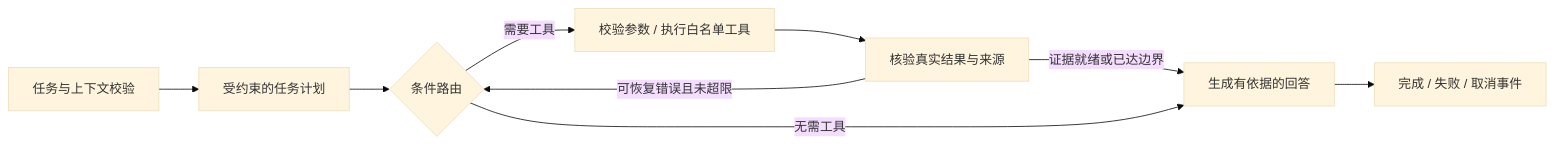
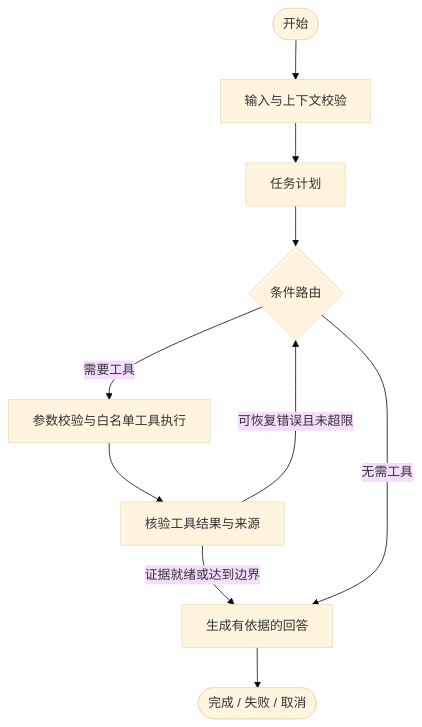
Before and after one commit to liutaowen9-beep/xiaoren-er-insurance: the third of 3 diagrams in README.md, drawn with Mermaid (base theme). The commit also changed other lines of this file, not shown here.

````diff
--- a/README.md
+++ b/README.md
@@ -70,11 +120,12 @@
 ```mermaid
-flowchart LR
-  I[任务与上下文校验] --> P[受约束的任务计划]
-  P --> R{条件路由}
-  R -->|需要工具| T[校验参数 / 执行白名单工具]
-  T --> V[核验真实结果与来源]
-  V -->|可恢复错误且未超限| R
-  V -->|证据就绪或已达边界| A[生成有依据的回答]
-  R -->|无需工具| A
-  A --> E[完成 / 失败 / 取消事件]
+flowchart TD
+    START([开始]) --> VALIDATE[输入与上下文校验]
+    VALIDATE --> PLAN[任务计划]
+    PLAN --> ROUTE{条件路由}
+    ROUTE -->|需要工具| TOOL[参数校验与白名单工具执行]
+    TOOL --> VERIFY[核验工具结果与来源]
+    VERIFY -->|可恢复错误且未超限| ROUTE
+    VERIFY -->|证据就绪或达到边界| ANSWER[生成有依据的回答]
+    ROUTE -->|无需工具| ANSWER
+    ANSWER --> END([完成 / 失败 / 取消])
 ```
````
